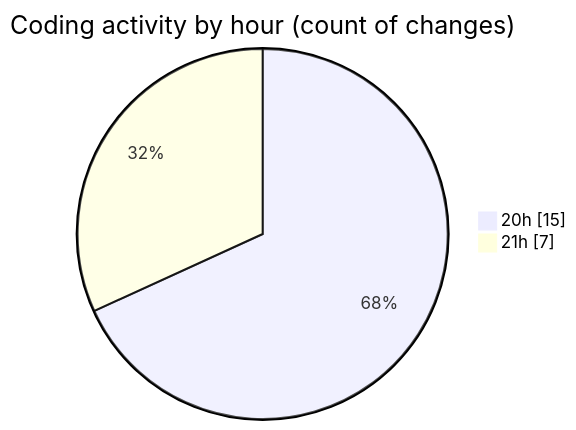
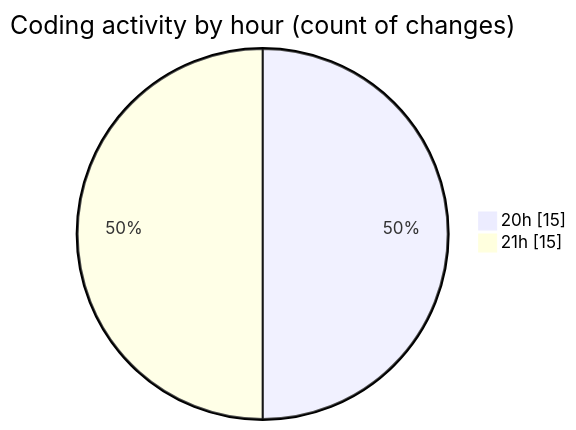
One commit to Netris89/code-tracking changed the second of 2 diagrams in 2025-05-02/date/README.md. Above: the diagram before and after it, drawn with Mermaid. The commit also changed other lines of this file and 1 other file, not shown here.

````diff
--- a/2025-05-02/date/README.md
+++ b/2025-05-02/date/README.md
@@ -32,6 +32,6 @@
 ```mermaid
 pie showData
 title Coding activity by hour (count of changes)
 "20h" : 15
-"21h" : 7
+"21h" : 15
 ```
````
